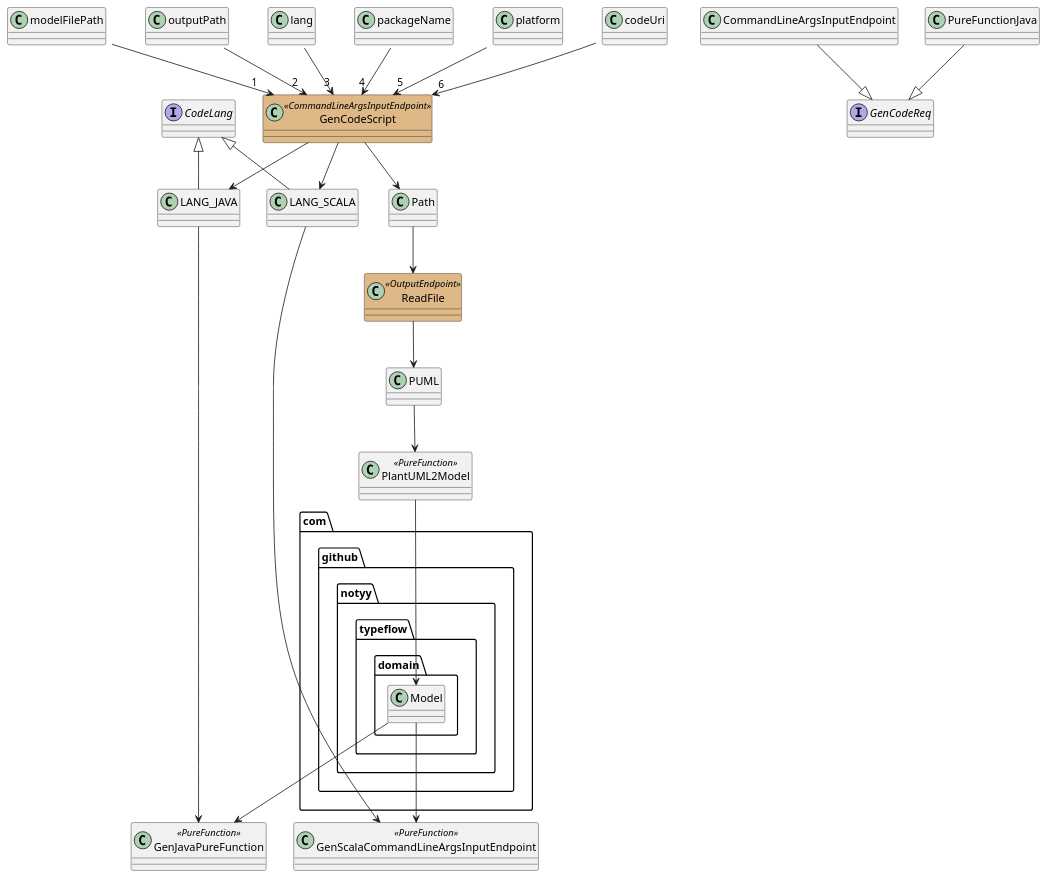
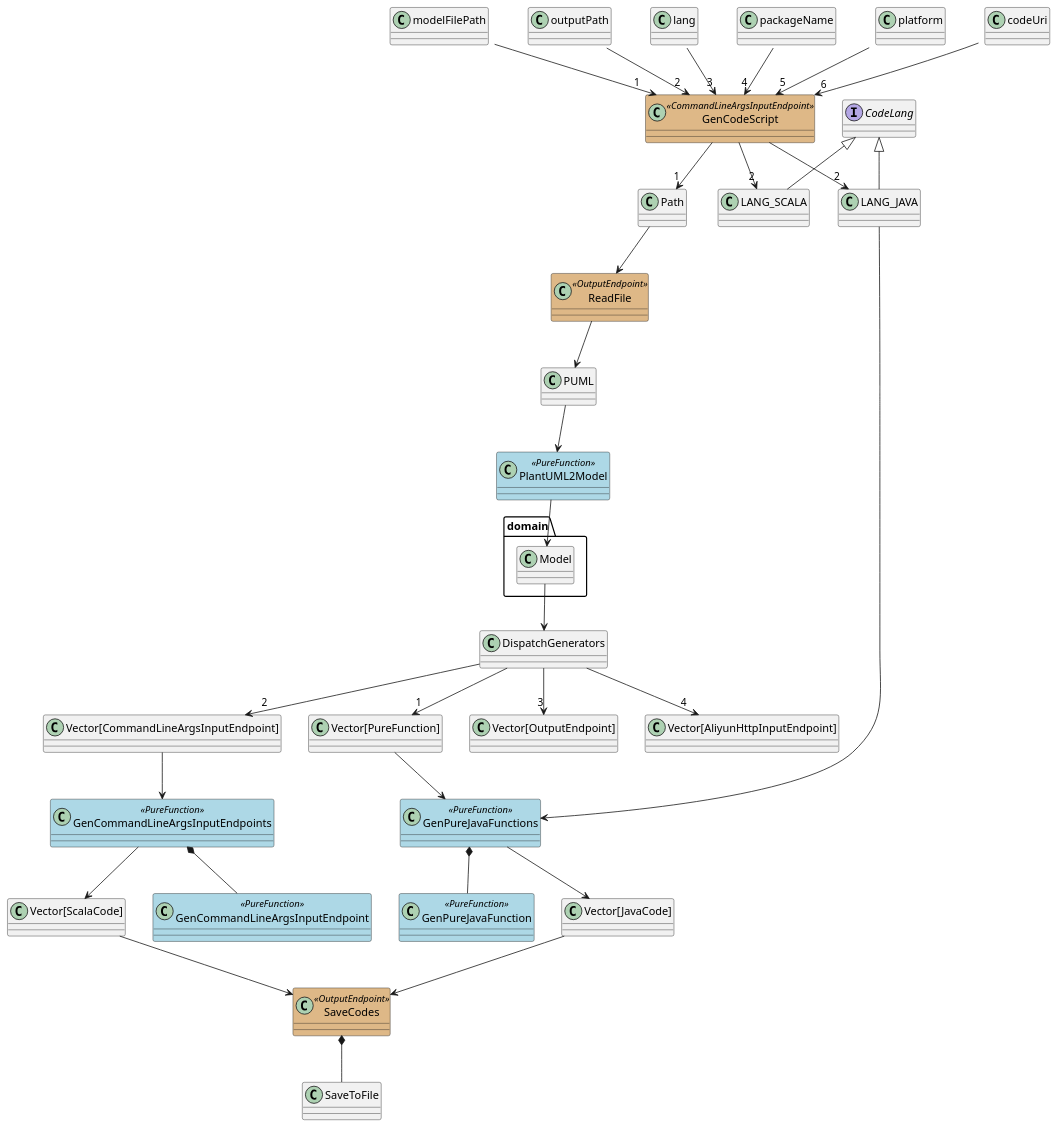
One commit to notyy/TypeFlow changed the diagram in typeflow/tooling/GenCode.puml. Above: the diagram before and after it, drawn with PlantUML.

Commit message:
draft version of new version of GenCode

```diff
--- a/typeflow/tooling/GenCode.puml
+++ b/typeflow/tooling/GenCode.puml
@@ -1,39 +1,51 @@
 @startuml
 skinparam class {
 	BackgroundColor<<CommandLineInputEndpoint>> BurlyWood
 	BackgroundColor<<CommandLineArgsInputEndpoint>> BurlyWood
 	BackgroundColor<<AliyunHttpInputEndpoint>> BurlyWood
 	BackgroundColor<<OutputEndpoint>> BurlyWood
+	BackgroundColor<<PureFunction>> LightBlue
 }
+'class System << (S,#FF7700) Singleton >>
 
 class GenCodeScript <<CommandLineArgsInputEndpoint>>
-interface GenCodeReq
-CommandLineArgsInputEndpoint --|> GenCodeReq
-PureFunctionJava --|> GenCodeReq
 class ReadFile <<OutputEndpoint>>
 class PlantUML2Model <<PureFunction>>
+class GenPureJavaFunctions <<PureFunction>>
+class GenPureJavaFunction <<PureFunction>>
+class GenCommandLineArgsInputEndpoints <<PureFunction>>
+class GenCommandLineArgsInputEndpoint <<PureFunction>>
+class SaveCodes <<OutputEndpoint>>
 interface CodeLang
+CodeLang <|-- LANG_JAVA
 CodeLang <|-- LANG_SCALA
-CodeLang <|-- LANG_JAVA
-class GenScalaCommandLineArgsInputEndpoint <<PureFunction>>
-class GenJavaPureFunction <<PureFunction>>
 
 modelFilePath::String --> "1" GenCodeScript
 outputPath::String --> "2" GenCodeScript
 lang::String --> "3" GenCodeScript
 packageName::String --> "4" GenCodeScript
 platform::String --> "5" GenCodeScript
 codeUri::String --> "6" GenCodeScript
-GenCodeScript --> Path
+GenCodeScript --> "1" Path
+GenCodeScript --> "2" LANG_JAVA
+GenCodeScript --> "2" LANG_SCALA
+LANG_JAVA -> GenPureJavaFunctions
 Path --> ReadFile
 ReadFile --> PUML
 PUML --> PlantUML2Model
-PlantUML2Model --> com.github.notyy.typeflow.domain.Model
-GenCodeScript --> LANG_SCALA
-GenCodeScript --> LANG_JAVA
-LANG_SCALA --> GenScalaCommandLineArgsInputEndpoint
-com.github.notyy.typeflow.domain.Model --> GenScalaCommandLineArgsInputEndpoint
-LANG_JAVA --> GenJavaPureFunction
-com.github.notyy.typeflow.domain.Model --> GenJavaPureFunction
-
+PlantUML2Model --> domain.Model
+domain.Model --> DispatchGenerators
+DispatchGenerators --> "1" "Vector[PureFunction]"
+DispatchGenerators --> "2" "Vector[CommandLineArgsInputEndpoint]"
+DispatchGenerators --> "3" "Vector[OutputEndpoint]"
+DispatchGenerators --> "4" "Vector[AliyunHttpInputEndpoint]"
+"Vector[PureFunction]" --> GenPureJavaFunctions
+GenPureJavaFunctions --> "Vector[JavaCode]"
+GenPureJavaFunctions *-- GenPureJavaFunction
+"Vector[CommandLineArgsInputEndpoint]" --> GenCommandLineArgsInputEndpoints
+GenCommandLineArgsInputEndpoints --> "Vector[ScalaCode]"
+GenCommandLineArgsInputEndpoints *-- GenCommandLineArgsInputEndpoint
+"Vector[ScalaCode]" --> SaveCodes
+"Vector[JavaCode]" --> SaveCodes
+SaveCodes *-- SaveToFile
 @enduml
```
